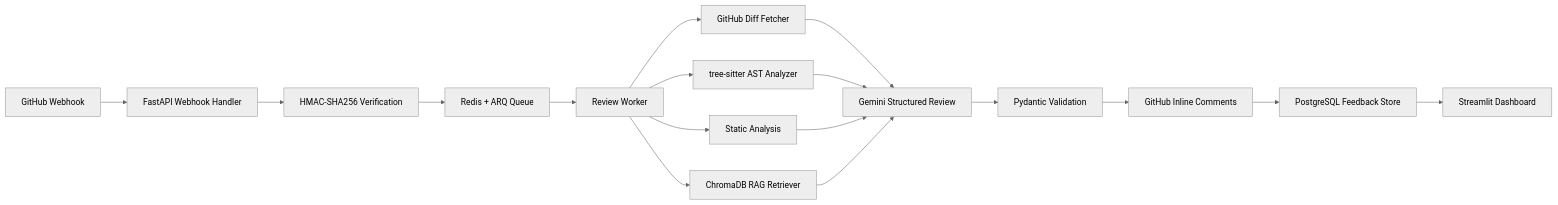
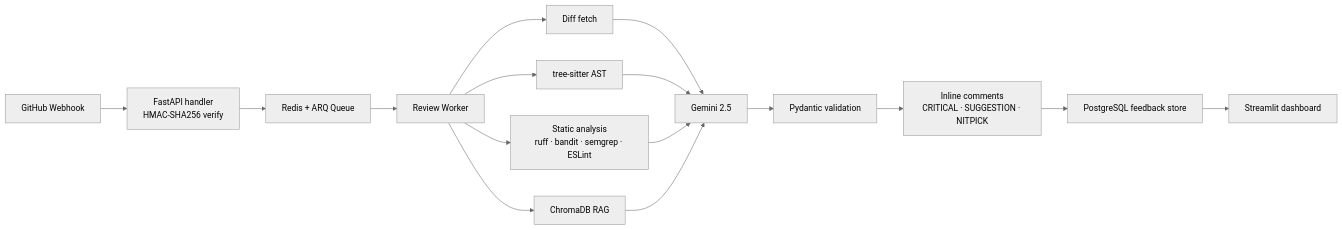
The diagram in README.md (Sparky0408/codereview-agent), drawn with Mermaid (neutral theme) before and after one commit. The commit also changed other lines of this file, not shown here.

````diff
--- a/README.md
+++ b/README.md
@@ -68,16 +82,15 @@
 ```mermaid
 flowchart LR
-    A["GitHub Webhook"] --> B["FastAPI Webhook Handler"]
-    B --> C["HMAC-SHA256 Verification"]
-    C --> D["Redis + ARQ Queue"]
-    D --> E["Review Worker"]
-    E --> F["GitHub Diff Fetcher"]
-    E --> G["tree-sitter AST Analyzer"]
-    E --> H["Static Analysis"]
-    E --> I["ChromaDB RAG Retriever"]
-    F & G & H & I --> J["Gemini Structured Review"]
-    J --> K["Pydantic Validation"]
-    K --> L["GitHub Inline Comments"]
-    L --> M["PostgreSQL Feedback Store"]
-    M --> N["Streamlit Dashboard"]
+    A["GitHub Webhook"] --> B["FastAPI handler<br/>HMAC-SHA256 verify"]
+    B --> C["Redis + ARQ Queue"]
+    C --> D["Review Worker"]
+    D --> E["Diff fetch"]
+    D --> F["tree-sitter AST"]
+    D --> G["Static analysis<br/>ruff · bandit · semgrep · ESLint"]
+    D --> H["ChromaDB RAG"]
+    E & F & G & H --> I["Gemini 2.5"]
+    I --> J["Pydantic validation"]
+    J --> K["Inline comments<br/>CRITICAL · SUGGESTION · NITPICK"]
+    K --> L["PostgreSQL feedback store"]
+    L --> M["Streamlit dashboard"]
 ```
````
